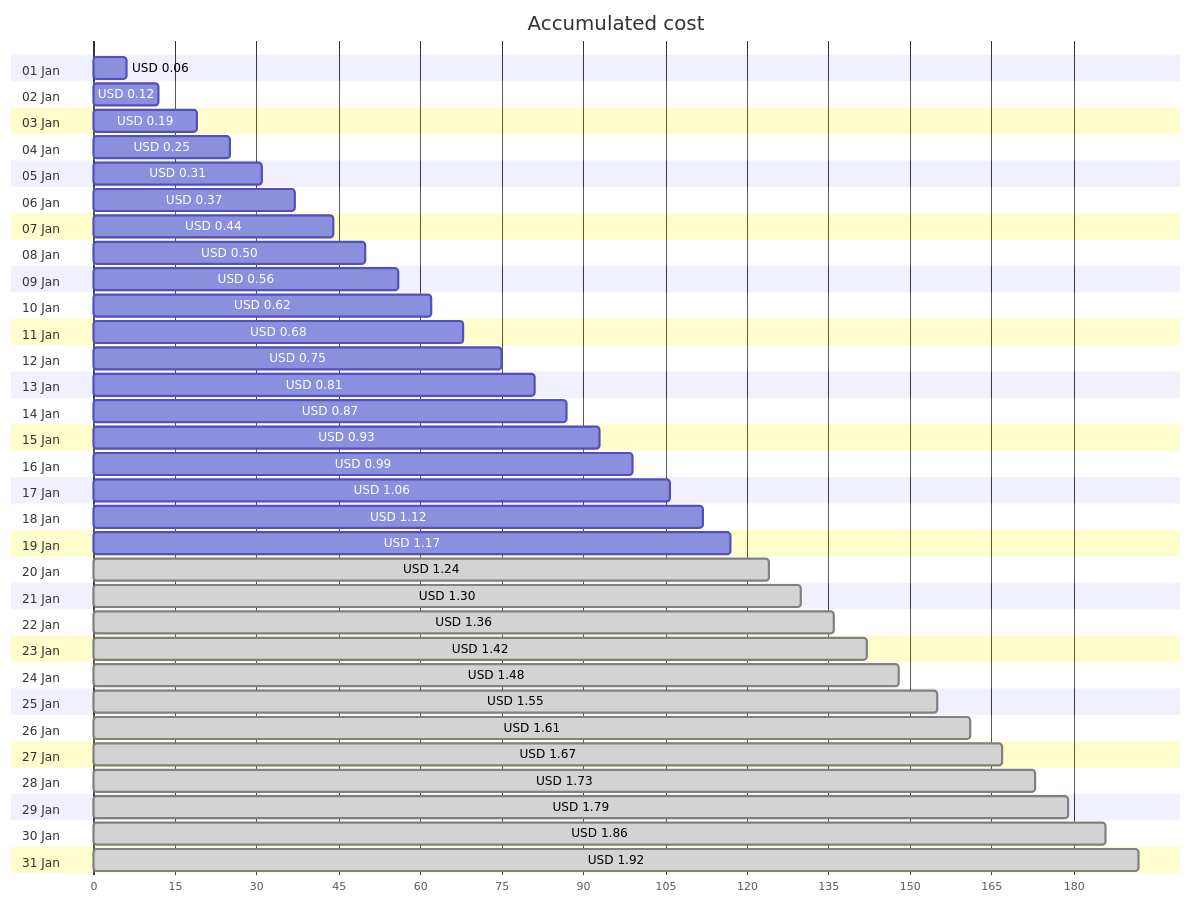
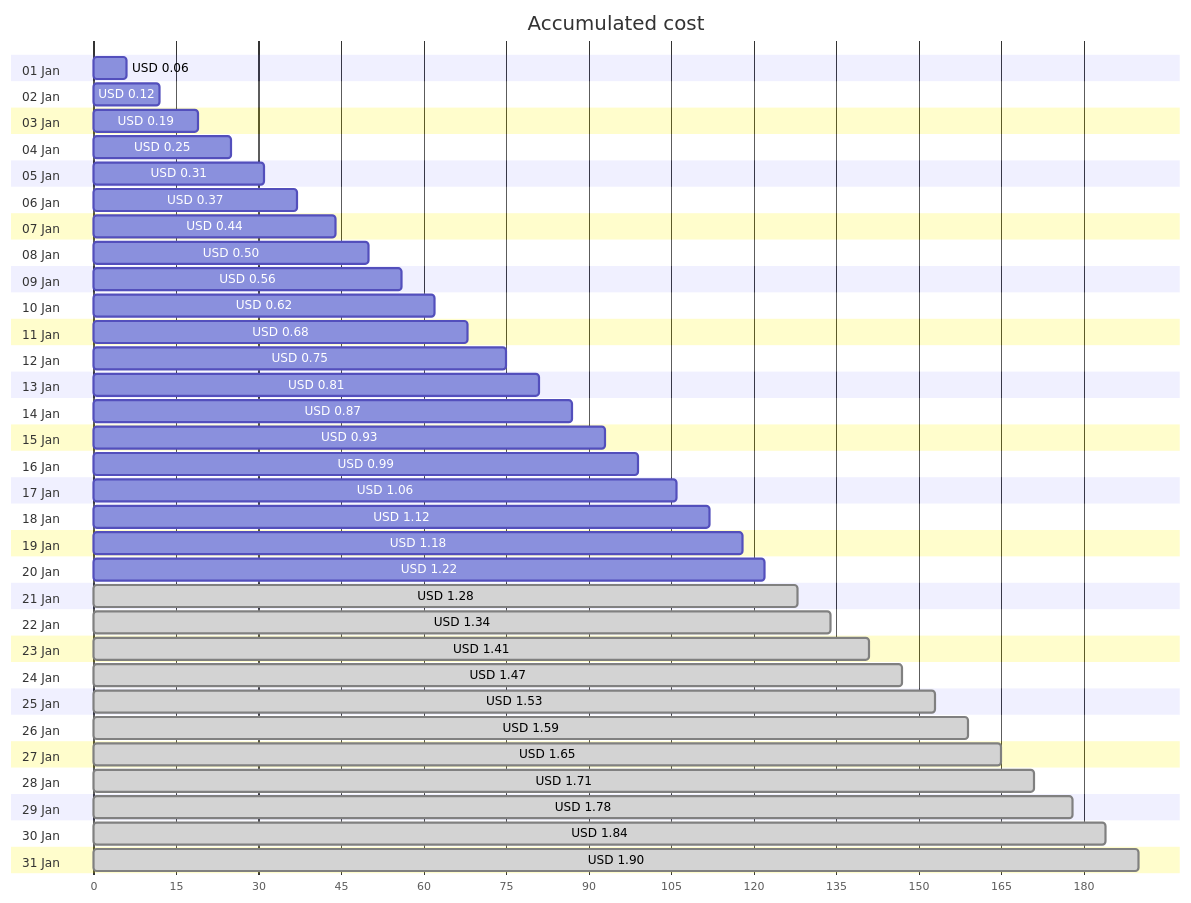
Before and after one commit to jpfulton/azure-personal-reports: the first of 4 diagrams in cost-reports/personal-network/vpn-server_OsDisk.md, drawn with Mermaid. The commit also changed other lines of this file and 8 other files, not shown here.

````diff
--- a/cost-reports/personal-network/vpn-server_OsDisk.md
+++ b/cost-reports/personal-network/vpn-server_OsDisk.md
@@ -20,68 +20,68 @@
 ```mermaid
 gantt
    title Accumulated cost
    dateFormat  X
    axisFormat %s
    section 01 Jan
    USD 0.06 :0, 6
    section 02 Jan
    USD 0.12 :0, 12
    section 03 Jan
    USD 0.19 :0, 19
    section 04 Jan
    USD 0.25 :0, 25
    section 05 Jan
    USD 0.31 :0, 31
    section 06 Jan
    USD 0.37 :0, 37
    section 07 Jan
    USD 0.44 :0, 44
    section 08 Jan
    USD 0.50 :0, 50
    section 09 Jan
    USD 0.56 :0, 56
    section 10 Jan
    USD 0.62 :0, 62
    section 11 Jan
    USD 0.68 :0, 68
    section 12 Jan
    USD 0.75 :0, 75
    section 13 Jan
    USD 0.81 :0, 81
    section 14 Jan
    USD 0.87 :0, 87
    section 15 Jan
    USD 0.93 :0, 93
    section 16 Jan
    USD 0.99 :0, 99
    section 17 Jan
    USD 1.06 :0, 106
    section 18 Jan
    USD 1.12 :0, 112
    section 19 Jan
-   USD 1.17 :0, 117
+   USD 1.18 :0, 118
    section 20 Jan
-   USD 1.24 : done, 0, 124
+   USD 1.22 :0, 122
    section 21 Jan
-   USD 1.30 : done, 0, 130
+   USD 1.28 : done, 0, 128
    section 22 Jan
-   USD 1.36 : done, 0, 136
+   USD 1.34 : done, 0, 134
    section 23 Jan
-   USD 1.42 : done, 0, 142
+   USD 1.41 : done, 0, 141
    section 24 Jan
-   USD 1.48 : done, 0, 148
+   USD 1.47 : done, 0, 147
    section 25 Jan
-   USD 1.55 : done, 0, 155
+   USD 1.53 : done, 0, 153
    section 26 Jan
-   USD 1.61 : done, 0, 161
+   USD 1.59 : done, 0, 159
    section 27 Jan
-   USD 1.67 : done, 0, 167
+   USD 1.65 : done, 0, 165
    section 28 Jan
-   USD 1.73 : done, 0, 173
+   USD 1.71 : done, 0, 171
    section 29 Jan
-   USD 1.79 : done, 0, 179
+   USD 1.78 : done, 0, 178
    section 30 Jan
-   USD 1.86 : done, 0, 186
+   USD 1.84 : done, 0, 184
    section 31 Jan
-   USD 1.92 : done, 0, 192
+   USD 1.90 : done, 0, 190
 ```
````
